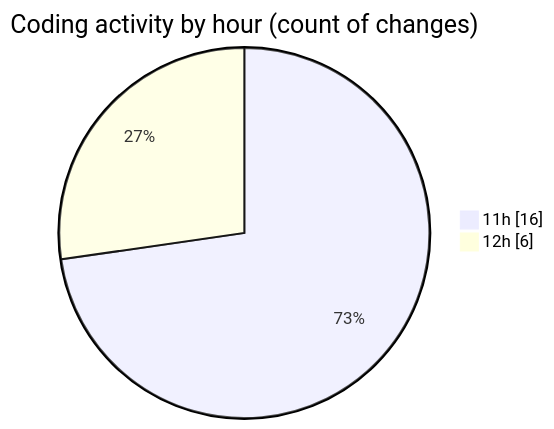
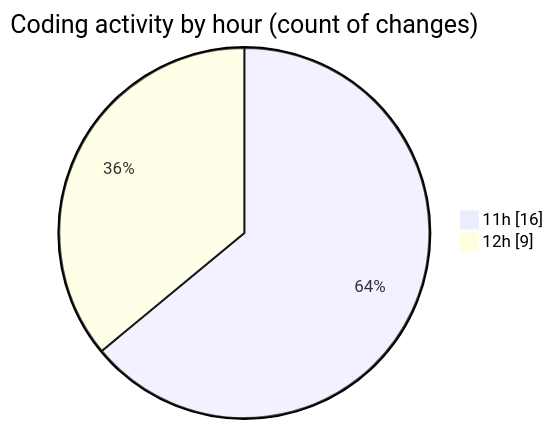
Before and after one commit to donsfak/code-tracking: the second of 2 diagrams in 2025-03-25/wordle/README.md, drawn with Mermaid. The commit also changed other lines of this file and 1 other file, not shown here.

````diff
--- a/2025-03-25/wordle/README.md
+++ b/2025-03-25/wordle/README.md
@@ -31,6 +32,6 @@
 ```mermaid
 pie showData
 title Coding activity by hour (count of changes)
 "11h" : 16
-"12h" : 6
+"12h" : 9
 ```
````
